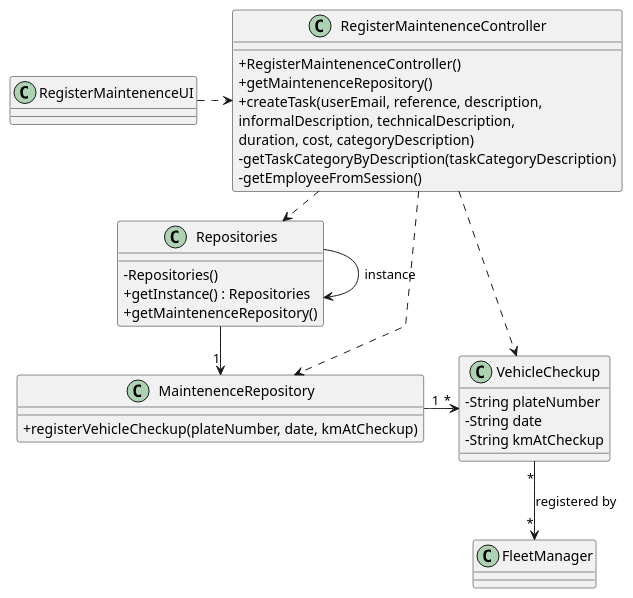
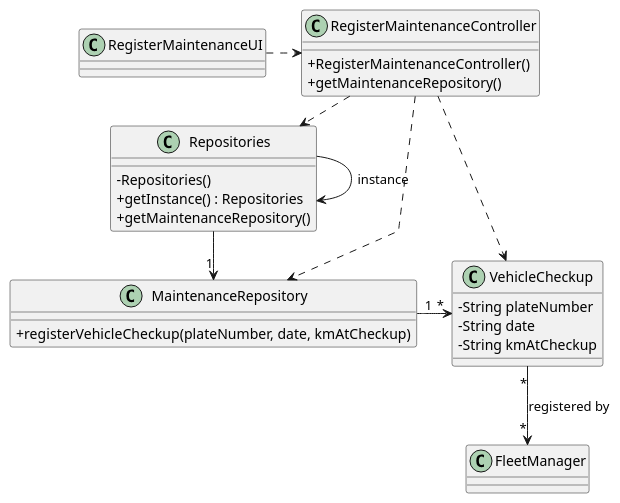
The diagram in docs/sprintB/us007/03.design/puml/us007-class-diagram.puml (ricardomm7/leaflink), drawn with PlantUML before and after one commit.

Commit message:
us007-class-diagram.puml minor changes

```diff
--- a/docs/sprintB/us007/03.design/puml/us007-class-diagram.puml
+++ b/docs/sprintB/us007/03.design/puml/us007-class-diagram.puml
@@ -1,58 +1,55 @@
 @startuml
 skinparam shadowing false
 skinparam linetype polyline
 
 
 skinparam classAttributeIconSize 0
 
 
 
 class FleetManager {
 }
 
 class VehicleCheckup {
     - String plateNumber
     - String date
     - String kmAtCheckup
 }
 
 
-class MaintenenceRepository {
+class MaintenanceRepository {
     + registerVehicleCheckup(plateNumber, date, kmAtCheckup)
 }
 
 class Repositories {
     - Repositories()
     + getInstance() : Repositories
-    + getMaintenenceRepository()
+    + getMaintenanceRepository()
 }
 
-class RegisterMaintenenceController {
-    + RegisterMaintenenceController()
-    + getMaintenenceRepository()
-    + createTask(userEmail, reference, description,\ninformalDescription, technicalDescription,\nduration, cost, categoryDescription)
-    - getTaskCategoryByDescription(taskCategoryDescription)
-    - getEmployeeFromSession()
+class RegisterMaintenanceController {
+    + RegisterMaintenanceController()
+    + getMaintenanceRepository()
 }
 
-class RegisterMaintenenceUI {
+class RegisterMaintenanceUI {
 }
 
 Repositories -> Repositories : instance
 
-RegisterMaintenenceUI .> RegisterMaintenenceController
+RegisterMaintenanceUI .> RegisterMaintenanceController
 
-RegisterMaintenenceController .> Repositories
+RegisterMaintenanceController .> Repositories
 
-RegisterMaintenenceController ..> MaintenenceRepository
+RegisterMaintenanceController ..> MaintenanceRepository
 
-Repositories -> "1" MaintenenceRepository
+Repositories -> "1" MaintenanceRepository
 
-MaintenenceRepository "1" -> "*" VehicleCheckup
+MaintenanceRepository "1" -> "*" VehicleCheckup
 
 
-RegisterMaintenenceController ..> VehicleCheckup
+RegisterMaintenanceController ..> VehicleCheckup
 
 VehicleCheckup "*" --> "*" FleetManager : registered by
 
 @enduml
```
